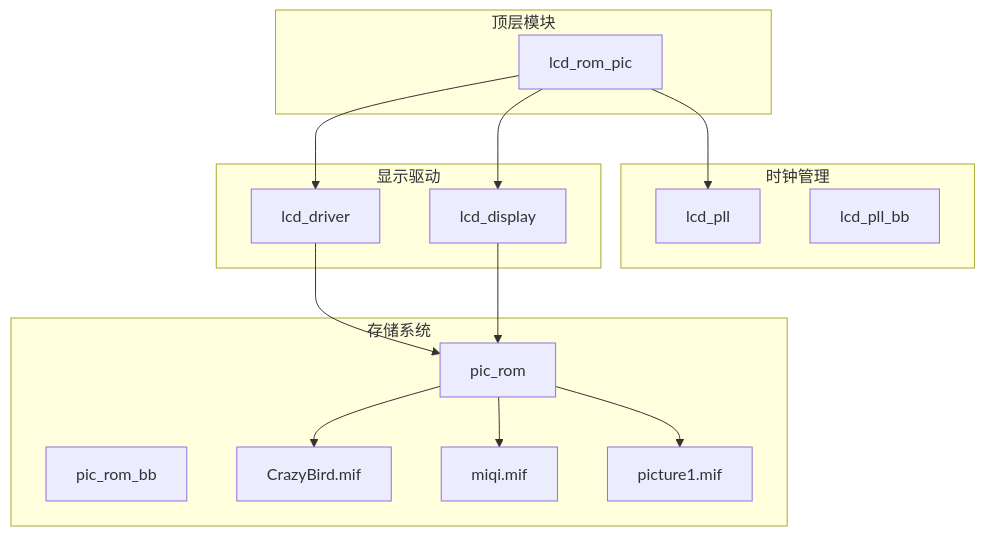
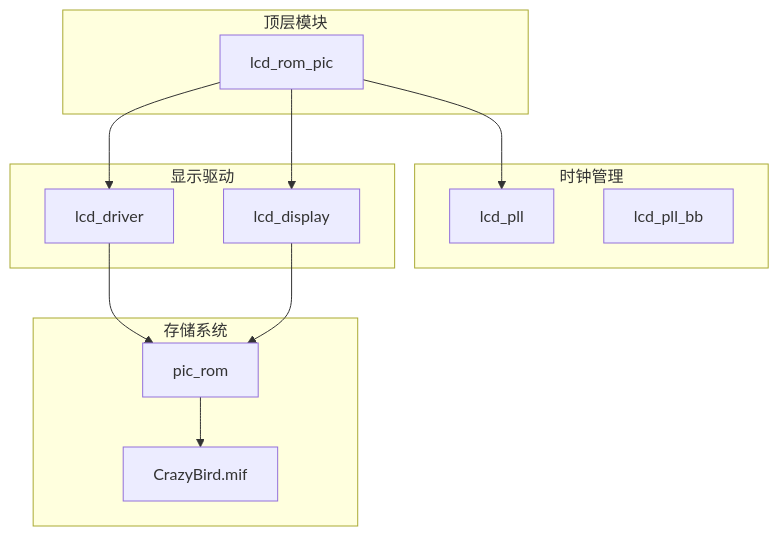
Before and after one commit to soupherexd/LCD_ROM_PIC: the first of 7 diagrams in .qoder/repowiki/zh/content/硬件组件/ROM存储系统.md, drawn with Mermaid. The commit also changed other lines of this file and 3 other files, not shown here.

````diff
--- a/.qoder/repowiki/zh/content/硬件组件/ROM存储系统.md
+++ b/.qoder/repowiki/zh/content/硬件组件/ROM存储系统.md
@@ -46,29 +53,24 @@
 ```mermaid
 graph TB
 subgraph "顶层模块"
 LCD_ROM_PIC[lcd_rom_pic]
 end
 subgraph "时钟管理"
 LCD_PLL[lcd_pll]
 LCD_PLL_BB[lcd_pll_bb]
 end
 subgraph "显示驱动"
 LCD_DRIVER[lcd_driver]
 LCD_DISPLAY[lcd_display]
 end
 subgraph "存储系统"
 PIC_ROM[pic_rom]
-PIC_ROM_BB[pic_rom_bb]
 CRAZY_BIRD[CrazyBird.mif]
-MIQI[miqi.mif]
-PICTURE1[picture1.mif]
 end
 LCD_ROM_PIC --> LCD_PLL
 LCD_ROM_PIC --> LCD_DRIVER
 LCD_ROM_PIC --> LCD_DISPLAY
 LCD_DRIVER --> PIC_ROM
 LCD_DISPLAY --> PIC_ROM
 PIC_ROM --> CRAZY_BIRD
-PIC_ROM --> MIQI
-PIC_ROM --> PICTURE1
 ```
````
